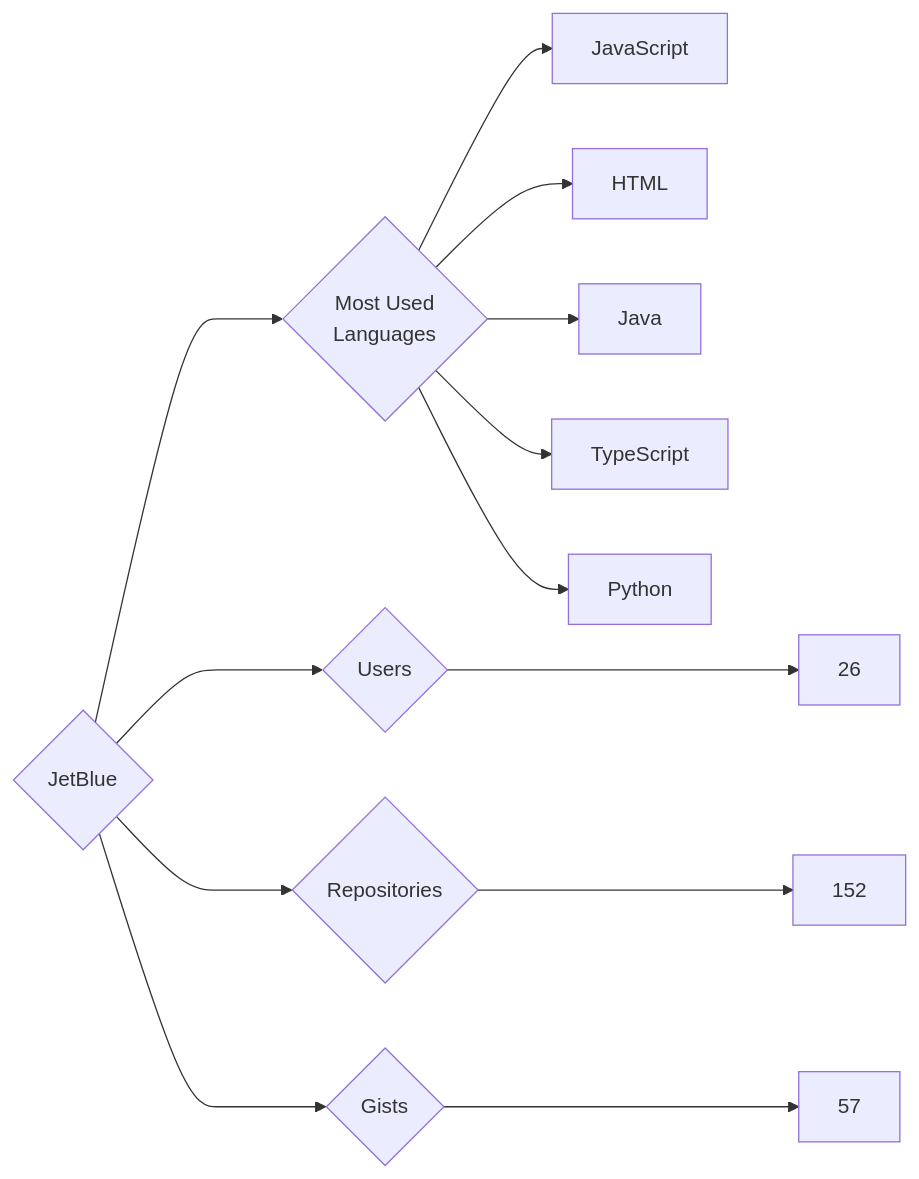
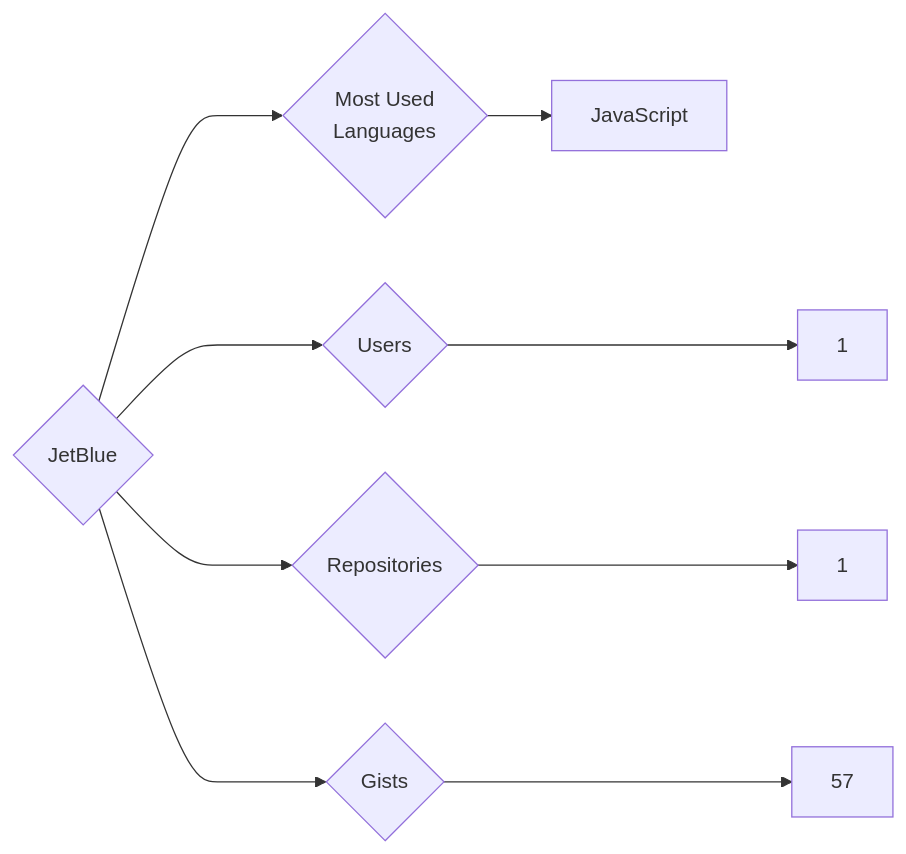
One commit to trickest/insiders changed the diagram in targets/JetBlue/README.md. Above: the diagram before and after it, drawn with Mermaid. The commit also changed 611 other files, not shown here.

````diff
--- a/targets/JetBlue/README.md
+++ b/targets/JetBlue/README.md
@@ -3,13 +3,9 @@
 ```mermaid
 graph LR
 COMPANY_NAME{JetBlue}
-COMPANY_NAME ---> U{Users} ---> UN[26]
-COMPANY_NAME ---> R{Repositories} ---> RN[152]
+COMPANY_NAME ---> U{Users} ---> UN[1]
+COMPANY_NAME ---> R{Repositories} ---> RN[1]
 COMPANY_NAME ---> G{Gists} ---> GN[57]
 COMPANY_NAME ---> ML{Most Used<br>Languages}
 ML --> JavaScript[JavaScript]
-ML --> HTML[HTML]
-ML --> Java[Java]
-ML --> TypeScript[TypeScript]
-ML --> Python[Python]
 ```
````
